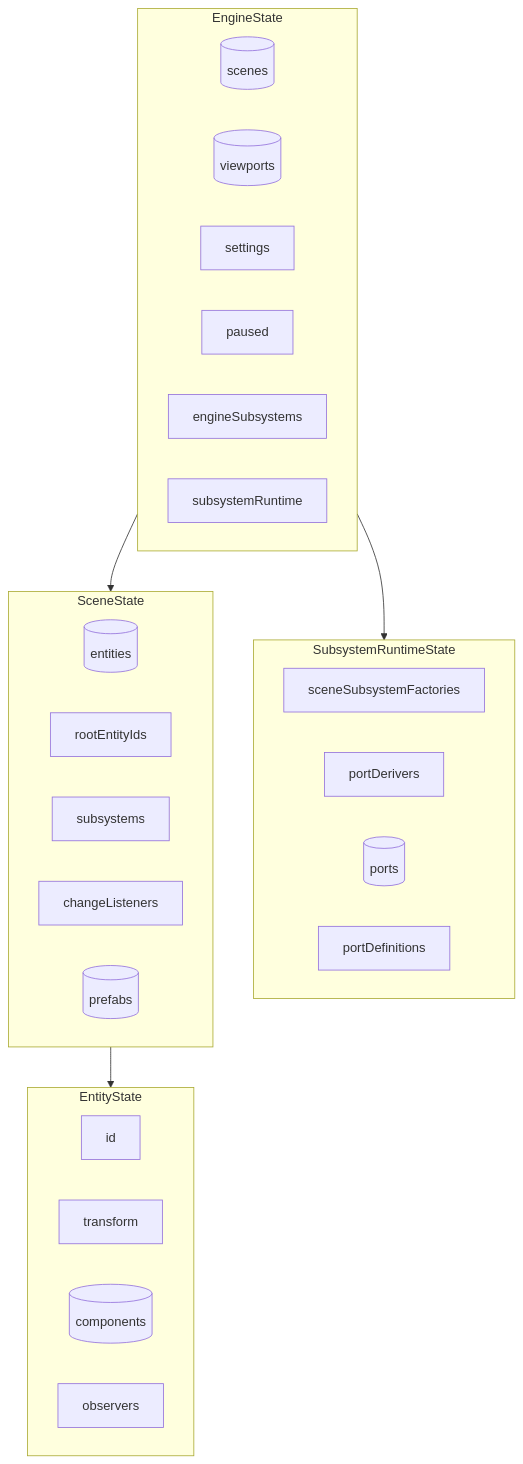
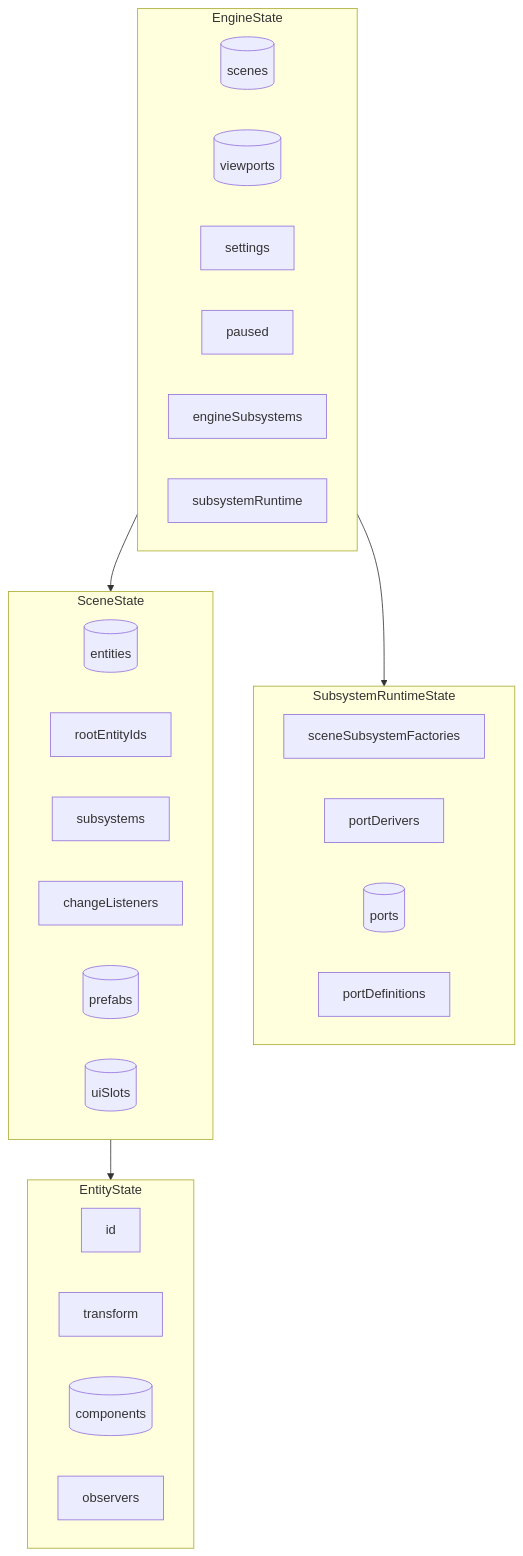
The first of 7 diagrams in packages/core-v2/ARCHITECTURE.md (QADRAX/SpaceDucksMMO), drawn with Mermaid before and after one commit. The commit also changed other lines of this file and 33 other files, not shown here.

````diff
--- a/packages/core-v2/ARCHITECTURE.md
+++ b/packages/core-v2/ARCHITECTURE.md
@@ -19,37 +19,38 @@
 ```mermaid
 flowchart TB
     subgraph Engine["EngineState"]
         Scenes[(scenes)]
         Viewports[(viewports)]
         Settings[settings]
         Paused[paused]
         EngineSubs[engineSubsystems]
         SubRuntime[subsystemRuntime]
     end
 
     subgraph SubRuntimeDetail["SubsystemRuntimeState"]
         Factories[sceneSubsystemFactories]
         Derivers[portDerivers]
         Ports[(ports)]
         Defs[portDefinitions]
     end
 
     subgraph Scene["SceneState"]
         Entities[(entities)]
         Roots[rootEntityIds]
         Subsystems[subsystems]
         Listeners[changeListeners]
         Prefabs[(prefabs)]
+        UISlots[(uiSlots)]
     end
 
     subgraph Entity["EntityState"]
         EID[id]
         Transform[transform]
         Components[(components)]
         Observers[observers]
     end
 
     Engine --> SubRuntimeDetail
     Engine --> Scene
     Scene --> Entity
 ```
````
